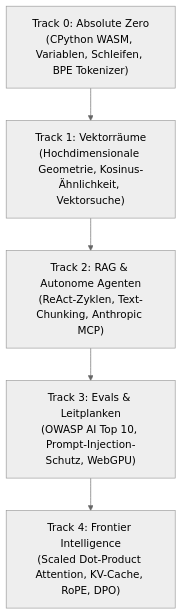
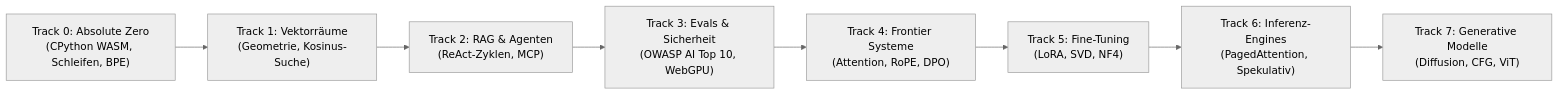
The diagram in docs/translations/README_de.md (Adilrafiq001/OpenGuideForAI), drawn with Mermaid (neutral theme) before and after one commit. The commit also changed other lines of this file and 45 other files, not shown here.

````diff
--- a/docs/translations/README_de.md
+++ b/docs/translations/README_de.md
@@ -98,10 +98,13 @@
 ```mermaid
-graph TD
-    T0["Track 0: Absolute Zero<br/>(CPython WASM, Variablen, Schleifen, BPE Tokenizer)"]
-    T1["Track 1: Vektorräume<br/>(Hochdimensionale Geometrie, Kosinus-Ähnlichkeit, Vektorsuche)"]
-    T2["Track 2: RAG & Autonome Agenten<br/>(ReAct-Zyklen, Text-Chunking, Anthropic MCP)"]
-    T3["Track 3: Evals & Leitplanken<br/>(OWASP AI Top 10, Prompt-Injection-Schutz, WebGPU)"]
-    T4["Track 4: Frontier Intelligence<br/>(Scaled Dot-Product Attention, KV-Cache, RoPE, DPO)"]
+graph LR
+    T0["Track 0: Absolute Zero<br/>(CPython WASM, Schleifen, BPE)"]
+    T1["Track 1: Vektorräume<br/>(Geometrie, Kosinus-Suche)"]
+    T2["Track 2: RAG & Agenten<br/>(ReAct-Zyklen, MCP)"]
+    T3["Track 3: Evals & Sicherheit<br/>(OWASP AI Top 10, WebGPU)"]
+    T4["Track 4: Frontier Systeme<br/>(Attention, RoPE, DPO)"]
+    T5["Track 5: Fine-Tuning<br/>(LoRA, SVD, NF4)"]
+    T6["Track 6: Inferenz-Engines<br/>(PagedAttention, Spekulativ)"]
+    T7["Track 7: Generative Modelle<br/>(Diffusion, CFG, ViT)"]
 
-    T0 --> T1 --> T2 --> T3 --> T4
+    T0 --> T1 --> T2 --> T3 --> T4 --> T5 --> T6 --> T7
 ```
````
